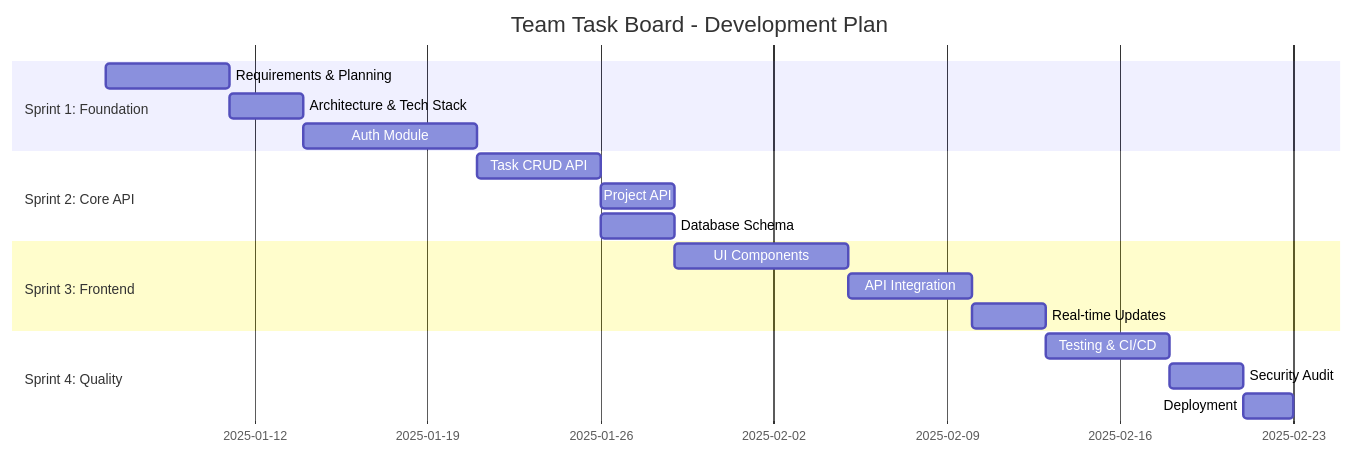
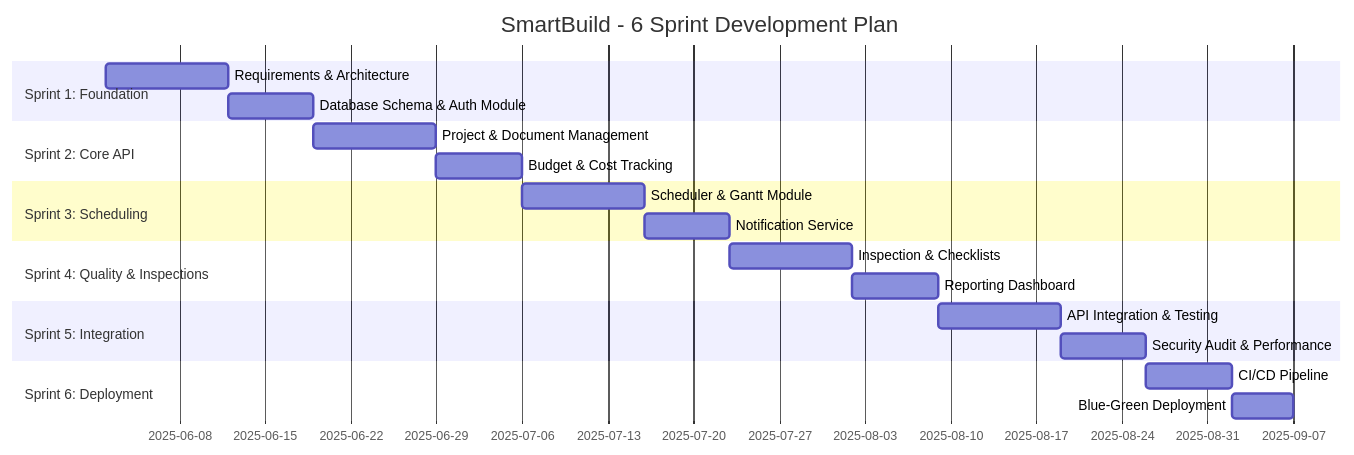
The second of 6 diagrams in docs/courses/software-engineering/16-capstone.md (Raushan666java/ai-engineering-journey), drawn with Mermaid before and after one commit. The commit also changed other lines of this file and 15 other files, not shown here.

Commit message:
deploy: software-engineering overhaul - 16 chapters expanded to avg 1284L (+7649L), richer Mermaid, more TS, deeper content

````diff
--- a/docs/courses/software-engineering/16-capstone.md
+++ b/docs/courses/software-engineering/16-capstone.md
@@ -56,25 +61,29 @@
 ```mermaid
 gantt
-    title Team Task Board - Development Plan
+    title SmartBuild - 6 Sprint Development Plan
     dateFormat  YYYY-MM-DD
     
     section Sprint 1: Foundation
-    Requirements & Planning  :a1, 2025-01-06, 5d
-    Architecture & Tech Stack :a2, after a1, 3d
-    Auth Module               :a3, after a2, 7d
+    Requirements & Architecture  :a1, 2025-06-02, 10d
+    Database Schema & Auth Module :a2, after a1, 7d
     
     section Sprint 2: Core API
-    Task CRUD API             :b1, after a3, 5d
-    Project API               :b2, after b1, 3d
-    Database Schema           :b3, after b1, 3d
+    Project & Document Management :b1, after a2, 10d
+    Budget & Cost Tracking        :b2, after b1, 7d
     
-    section Sprint 3: Frontend
-    UI Components             :c1, after b2, 7d
-    API Integration           :c2, after c1, 5d
-    Real-time Updates         :c3, after c2, 3d
+    section Sprint 3: Scheduling
+    Scheduler & Gantt Module      :c1, after b2, 10d
+    Notification Service          :c2, after c1, 7d
     
-    section Sprint 4: Quality
-    Testing & CI/CD           :d1, after c3, 5d
-    Security Audit            :d2, after d1, 3d
-    Deployment                :d3, after d2, 2d
+    section Sprint 4: Quality & Inspections
+    Inspection & Checklists       :d1, after c2, 10d
+    Reporting Dashboard           :d2, after d1, 7d
+    
+    section Sprint 5: Integration
+    API Integration & Testing     :e1, after d2, 10d
+    Security Audit & Performance  :e2, after e1, 7d
+    
+    section Sprint 6: Deployment
+    CI/CD Pipeline                :f1, after e2, 7d
+    Blue-Green Deployment         :f2, after f1, 5d
 ```
````
